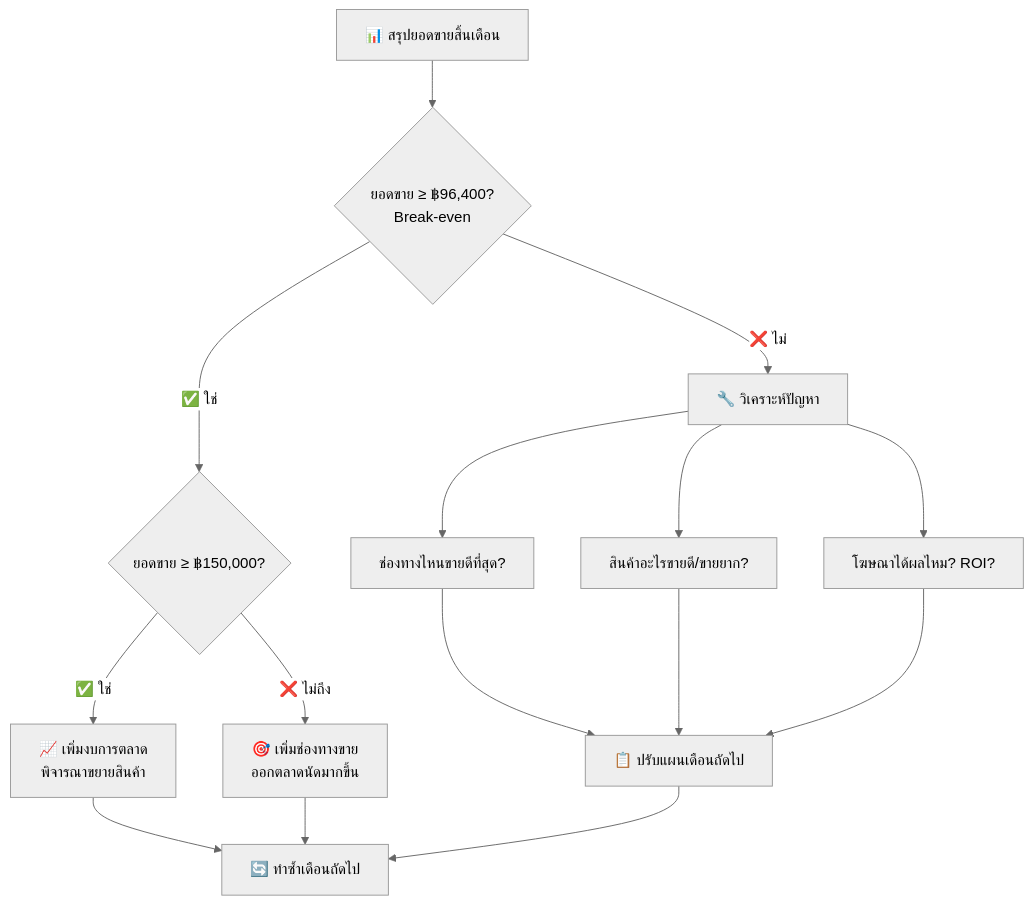
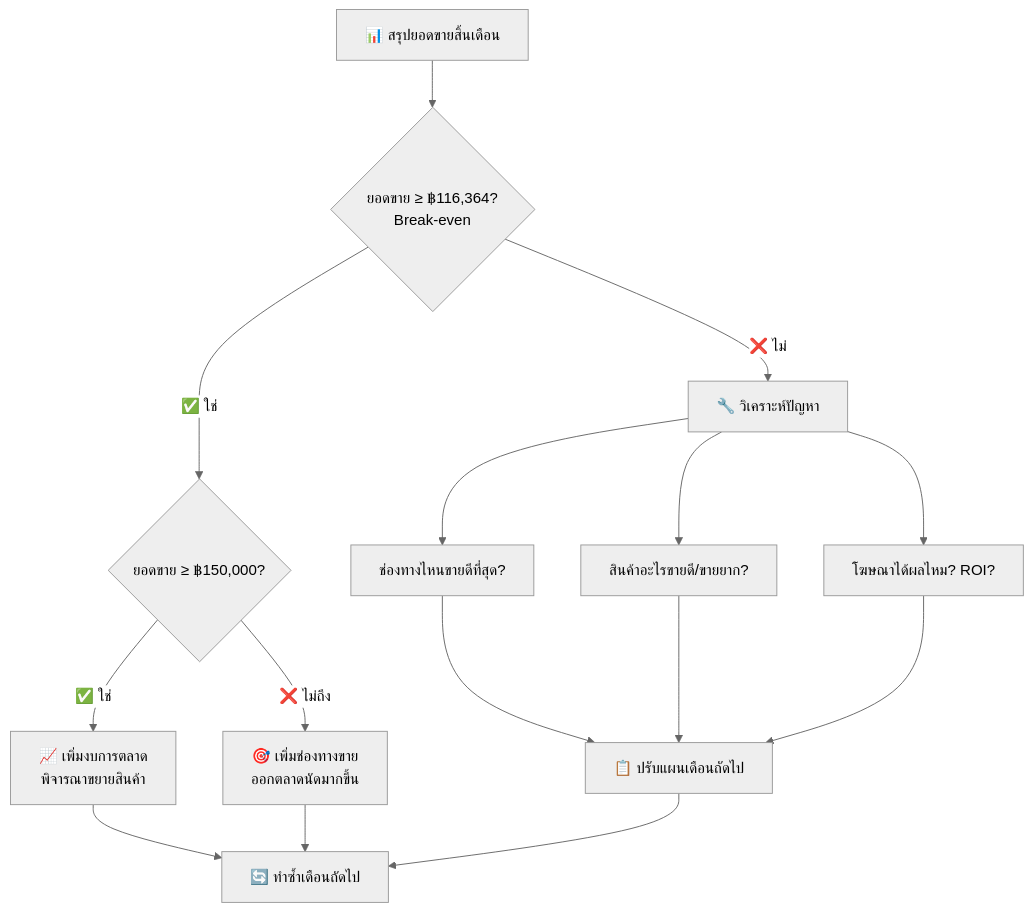
Before and after one commit to temsiripuns100/goods-japan-business-plan: the fifth of 10 diagrams in README.md, drawn with Mermaid (neutral theme). The commit also changed other lines of this file, not shown here.

````diff
--- a/README.md
+++ b/README.md
@@ -332,20 +337,20 @@
 ```mermaid
 flowchart TD
-    START["📊 สรุปยอดขายสิ้นเดือน"] --> Q1{"ยอดขาย ≥ ฿96,400?<br/>Break-even"}
+    START["📊 สรุปยอดขายสิ้นเดือน"] --> Q1{"ยอดขาย ≥ ฿116,364?<br/>Break-even"}
     
     Q1 -- "✅ ใช่" --> Q2{"ยอดขาย ≥ ฿150,000?"}
     Q1 -- "❌ ไม่" --> FIX["🔧 วิเคราะห์ปัญหา"]
     
     Q2 -- "✅ ใช่" --> GROW["📈 เพิ่มงบการตลาด<br/>พิจารณาขยายสินค้า"]
     Q2 -- "❌ ไม่ถึง" --> IMPROVE["🎯 เพิ่มช่องทางขาย<br/>ออกตลาดนัดมากขึ้น"]
     
     FIX --> F1["ช่องทางไหนขายดีที่สุด?"]
     FIX --> F2["สินค้าอะไรขายดี/ขายยาก?"]
     FIX --> F3["โฆษณาได้ผลไหม? ROI?"]
     
     F1 & F2 & F3 --> ACTION["📋 ปรับแผนเดือนถัดไป"]
     
     GROW --> NEXT["🔄 ทำซ้ำเดือนถัดไป"]
     IMPROVE --> NEXT
     ACTION --> NEXT
 ```
````
